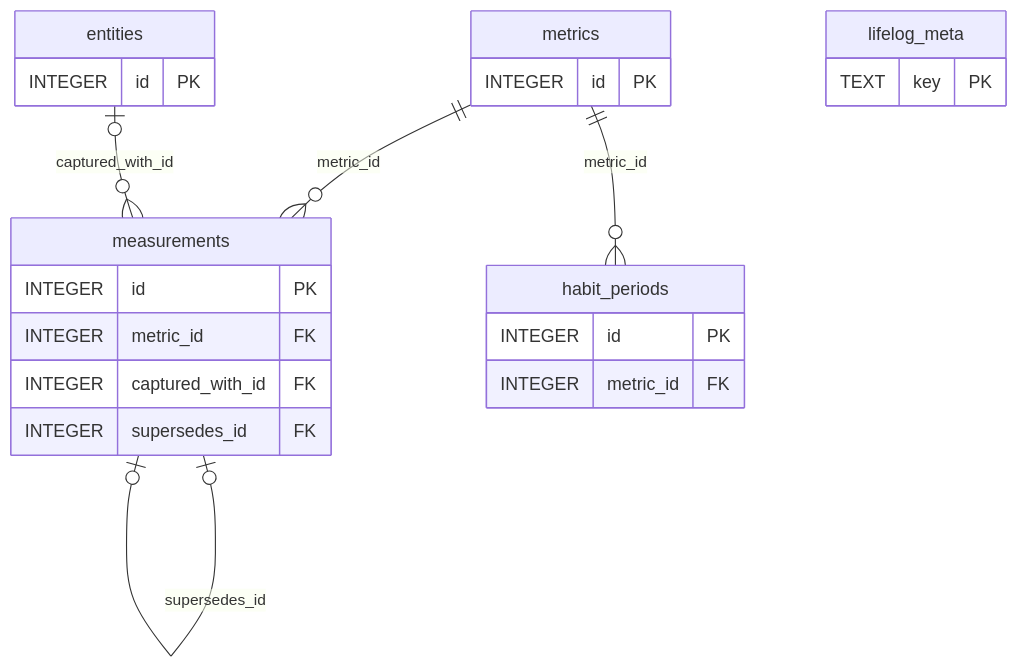
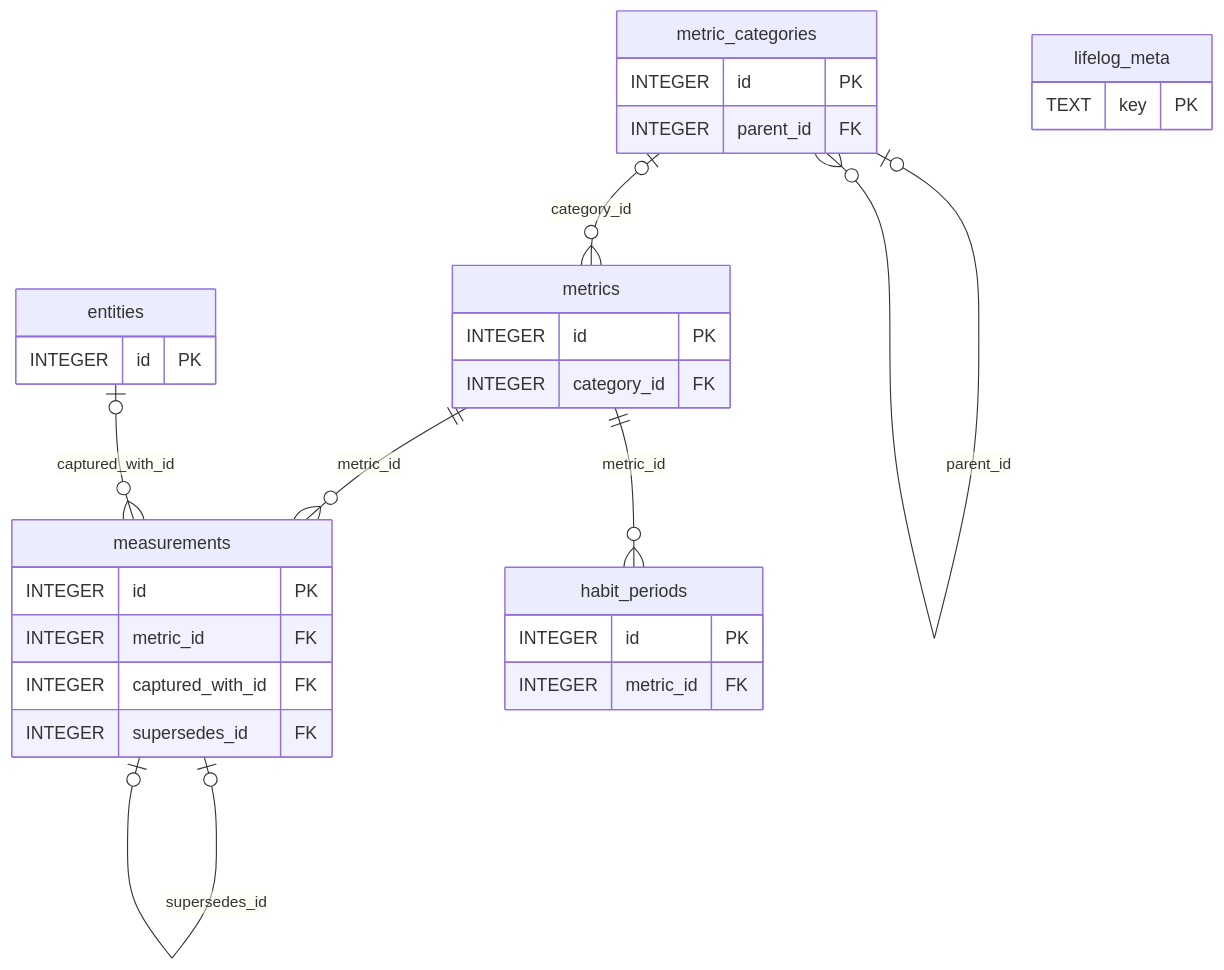
The second of 2 diagrams in docs/architecture/entity-model.md (alexradunet/lifelogdb), drawn with Mermaid before and after one commit. The commit also changed other lines of this file and 38 other files, not shown here.

````diff
--- a/docs/architecture/entity-model.md
+++ b/docs/architecture/entity-model.md
@@ -55,28 +56,35 @@
 ```mermaid
 %% diagram: er-facts
 erDiagram
+    metric_categories |o--o{ metric_categories : "parent_id"
+    metric_categories |o--o{ metrics : "category_id"
     metrics     ||--o{ measurements : "metric_id"
     entities    |o--o{ measurements : "captured_with_id"
     measurements |o--o| measurements : "supersedes_id"
     metrics     ||--o{ habit_periods : "metric_id"
 
+    metric_categories {
+        INTEGER id PK
+        INTEGER parent_id FK
+    }
     metrics {
         INTEGER id PK
+        INTEGER category_id FK
     }
     measurements {
         INTEGER id PK
         INTEGER metric_id FK
         INTEGER captured_with_id FK
         INTEGER supersedes_id FK
     }
     entities {
         INTEGER id PK
     }
     habit_periods {
         INTEGER id PK
         INTEGER metric_id FK
     }
     lifelog_meta {
         TEXT key PK
     }
 ```
````
